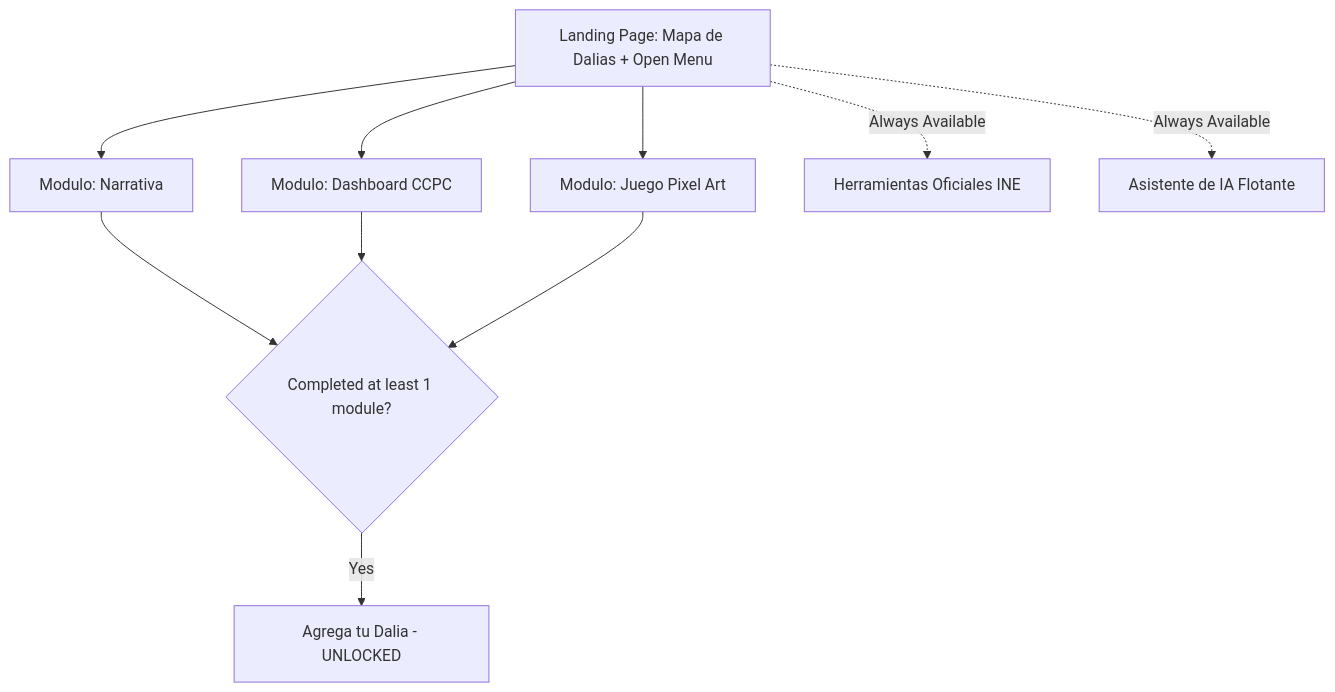
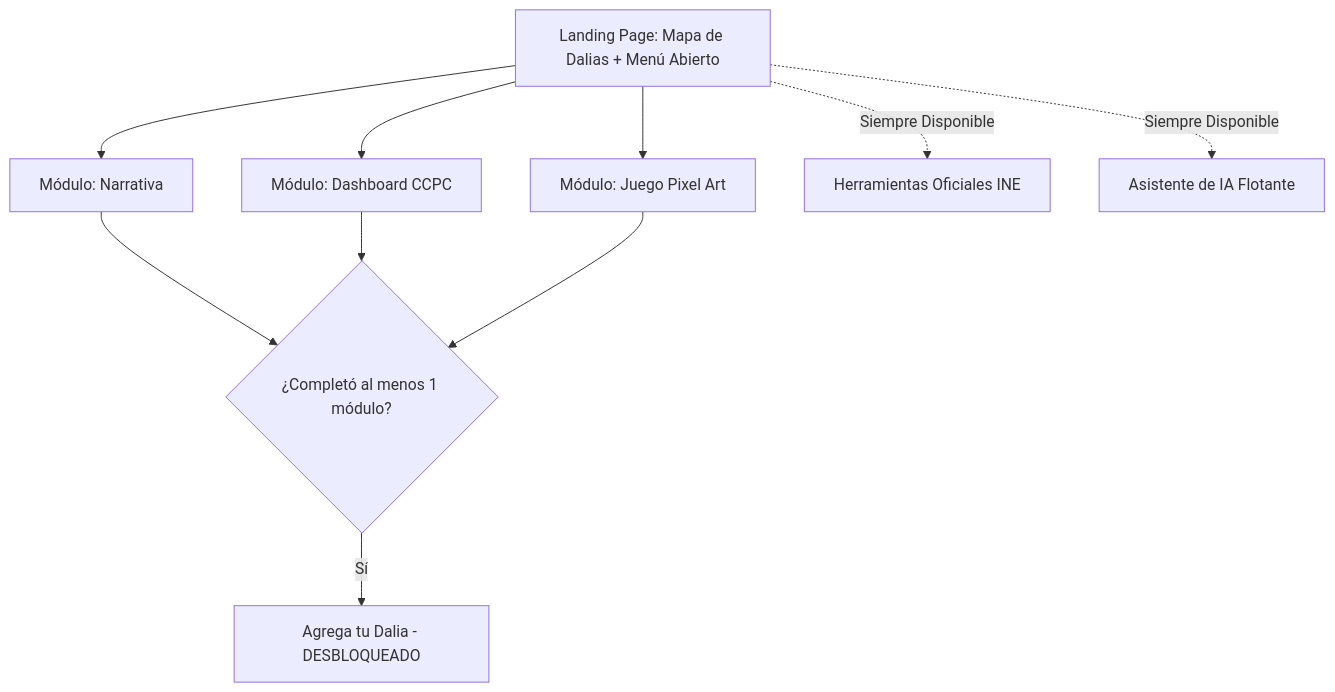
Before and after one commit to Betto-RZE/sadaPops: the diagram in PROJECT_CONTEXT.md, drawn with Mermaid. The commit also changed other lines of this file and 10 other files, not shown here.

````diff
--- a/PROJECT_CONTEXT.md
+++ b/PROJECT_CONTEXT.md
@@ -29,12 +29,12 @@
 ```mermaid
 flowchart TD
-    A[Landing Page: Mapa de Dalias + Open Menu] --> B[Modulo: Narrativa]
-    A --> C[Modulo: Dashboard CCPC]
-    A --> D[Modulo: Juego Pixel Art]
-    A -.Always Available.-> H[Herramientas Oficiales INE]
-    A -.Always Available.-> I[Asistente de IA Flotante]
-    B --> E{Completed at least 1 module?}
+    A[Landing Page: Mapa de Dalias + Menú Abierto] --> B[Módulo: Narrativa]
+    A --> C[Módulo: Dashboard CCPC]
+    A --> D[Módulo: Juego Pixel Art]
+    A -.Siempre Disponible.-> H[Herramientas Oficiales INE]
+    A -.Siempre Disponible.-> I[Asistente de IA Flotante]
+    B --> E{¿Completó al menos 1 módulo?}
     C --> E
     D --> E
-    E -->|Yes| F[Agrega tu Dalia - UNLOCKED]
+    E -->|Sí| F[Agrega tu Dalia - DESBLOQUEADO]
 ```
````
